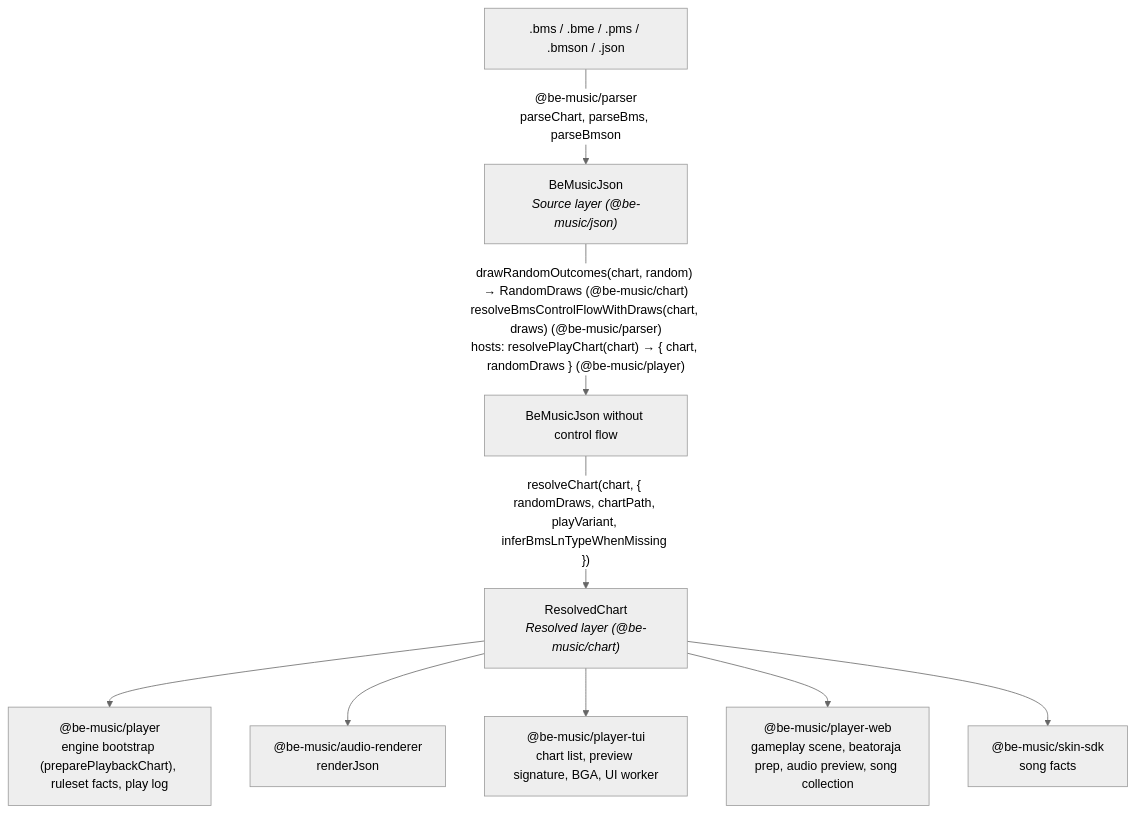
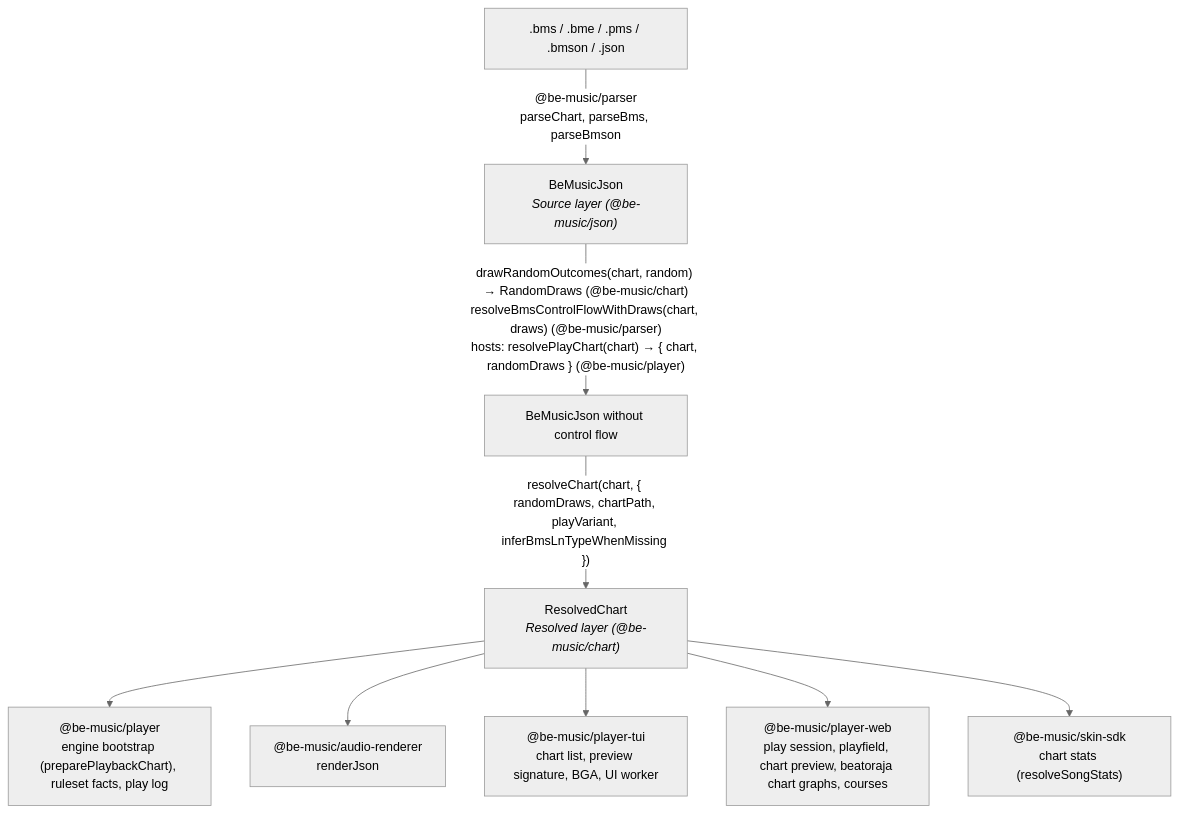
Before and after one commit to nulltask/be-music: the first of 3 diagrams in docs/architecture.md, drawn with Mermaid (neutral theme). The commit also changed other lines of this file and 1 other file, not shown here.

First line of the commit message:
docs: describe the current package layers in architecture [ci skip]

````diff
--- a/docs/architecture.md
+++ b/docs/architecture.md
@@ -9,21 +9,21 @@
 ```mermaid
 flowchart TD
   files[".bms / .bme / .pms / .bmson / .json"]
   source["BeMusicJson<br/><i>Source layer (@be-music/json)</i>"]
   flat["BeMusicJson without control flow"]
   resolved["ResolvedChart<br/><i>Resolved layer (@be-music/chart)</i>"]
   player["@be-music/player<br/>engine bootstrap (preparePlaybackChart), ruleset facts, play log"]
   renderer["@be-music/audio-renderer<br/>renderJson"]
   tui["@be-music/player-tui<br/>chart list, preview signature, BGA, UI worker"]
-  web["@be-music/player-web<br/>gameplay scene, beatoraja prep, audio preview, song collection"]
-  skin["@be-music/skin-sdk<br/>song facts"]
+  web["@be-music/player-web<br/>play session, playfield, chart preview, beatoraja chart graphs, courses"]
+  skin["@be-music/skin-sdk<br/>chart stats (resolveSongStats)"]
 
   files -->|"@be-music/parser<br/>parseChart, parseBms, parseBmson"| source
   source -->|"drawRandomOutcomes(chart, random) → RandomDraws (@be-music/chart)<br/>resolveBmsControlFlowWithDraws(chart, draws) (@be-music/parser)<br/>hosts: resolvePlayChart(chart) → { chart, randomDraws } (@be-music/player)"| flat
   flat -->|"resolveChart(chart, { randomDraws, chartPath, playVariant, inferBmsLnTypeWhenMissing })"| resolved
   resolved --> player
   resolved --> renderer
   resolved --> tui
   resolved --> web
   resolved --> skin
 ```
````
